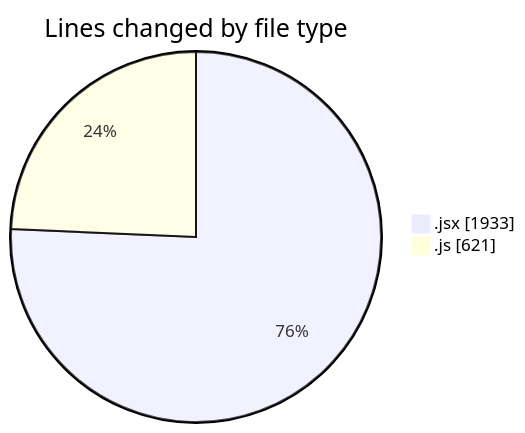
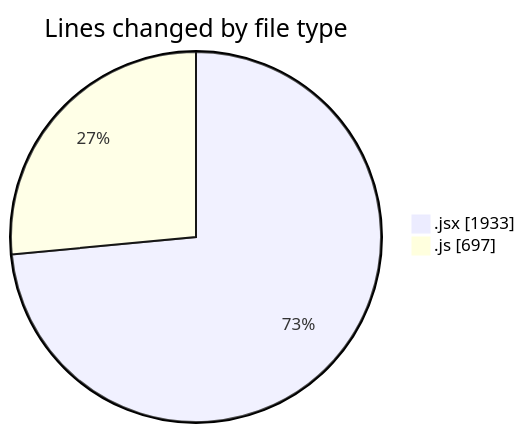
Before and after one commit to nxtqubesakshisongat/code-tracking: the first of 2 diagrams in 2025-11-13/argos/README.md, drawn with Mermaid. The commit also changed other lines of this file and 1 other file, not shown here.

````diff
--- a/2025-11-13/argos/README.md
+++ b/2025-11-13/argos/README.md
@@ -26,6 +27,6 @@
 ```mermaid
 pie showData
 title Lines changed by file type
 ".jsx" : 1933
-".js" : 621
+".js" : 697
 ```
````
